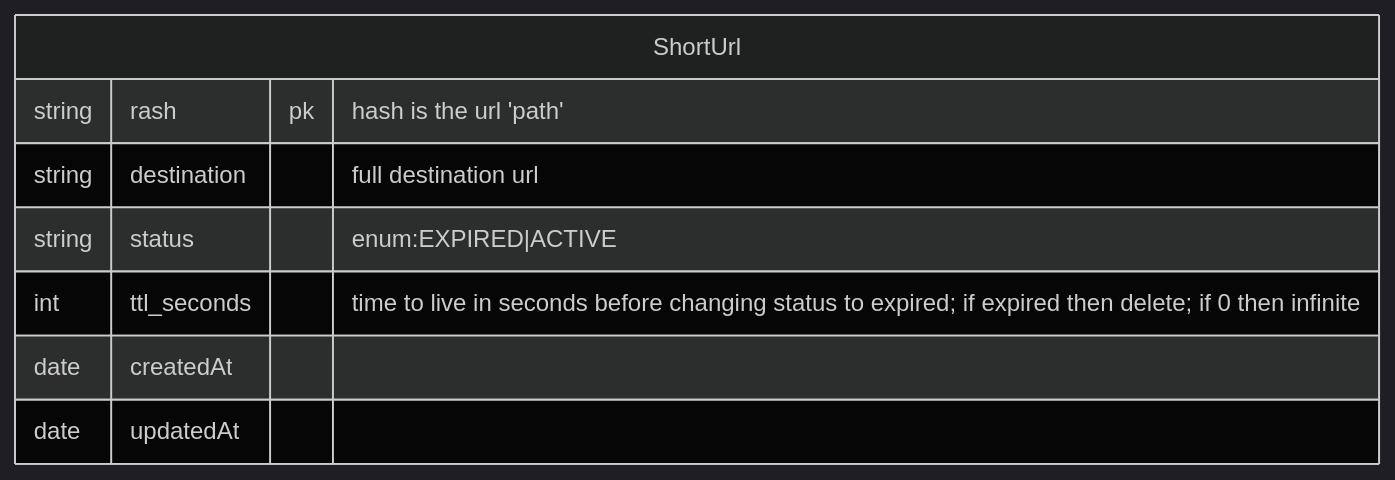
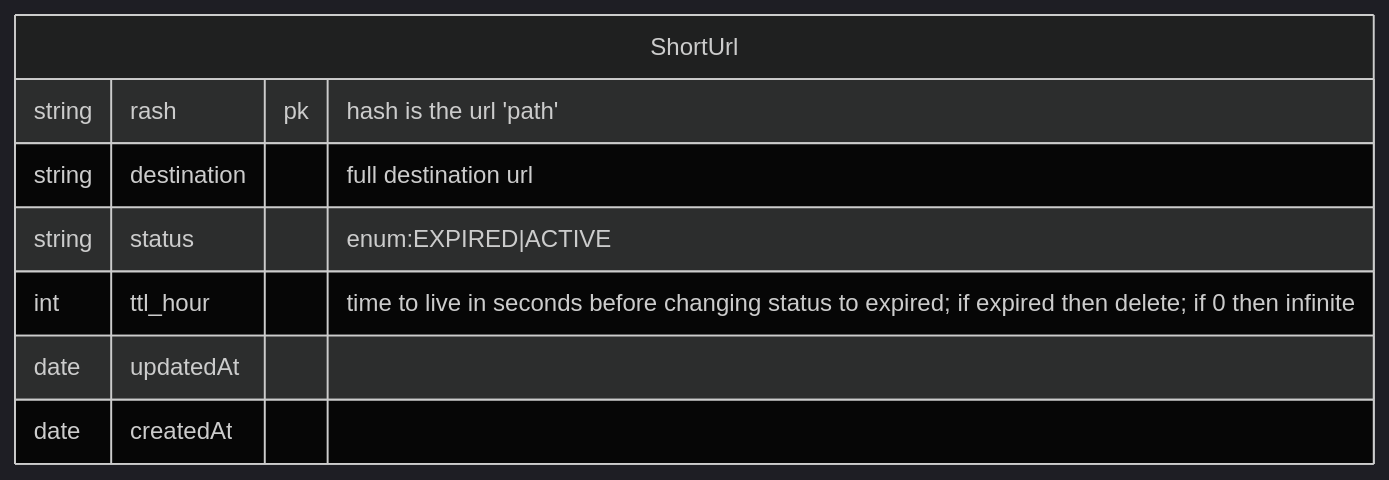
The diagram in doc/entity.md (vzsoares/shortener), drawn with Mermaid (dark theme) before and after one commit. The commit also changed 2 other files, not shown here.

Commit message:
chr: document service api

````diff
--- a/doc/entity.md
+++ b/doc/entity.md
@@ -1,11 +1,11 @@
 ```mermaid
 erDiagram
     ShortUrl {
         string rash pk "hash is the url 'path' "
         string destination "full destination url"
         string status "enum:EXPIRED|ACTIVE"
-        int ttl_seconds "time to live in seconds before changing status to expired; if expired then delete; if 0 then infinite"
+        int ttl_hour "time to live in seconds before changing status to expired; if expired then delete; if 0 then infinite"
+        date updatedAt
         date createdAt
-        date updatedAt
     }
 ```
````
